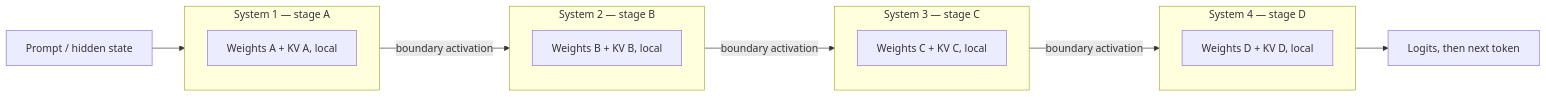
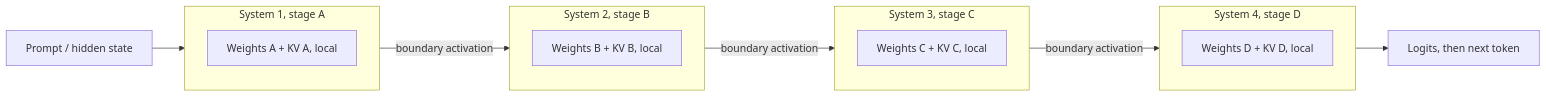
The seventh of 8 diagrams in README.md (dacely-cloud/nerva), drawn with Mermaid before and after one commit. The commit also changed other lines of this file, not shown here.

````diff
--- a/README.md
+++ b/README.md
@@ -270,20 +282,20 @@
 ```mermaid
 flowchart LR
     IN["Prompt / hidden state"] --> S1
-    subgraph S1["System 1 — stage A"]
+    subgraph S1["System 1, stage A"]
         W1["Weights A + KV A, local"]
     end
-    subgraph S2["System 2 — stage B"]
+    subgraph S2["System 2, stage B"]
         W2["Weights B + KV B, local"]
     end
-    subgraph S3["System 3 — stage C"]
+    subgraph S3["System 3, stage C"]
         W3["Weights C + KV C, local"]
     end
-    subgraph S4["System 4 — stage D"]
+    subgraph S4["System 4, stage D"]
         W4["Weights D + KV D, local"]
     end
     S1 -->|boundary activation| S2
     S2 -->|boundary activation| S3
     S3 -->|boundary activation| S4
     S4 --> LOGITS["Logits, then next token"]
 ```
````
